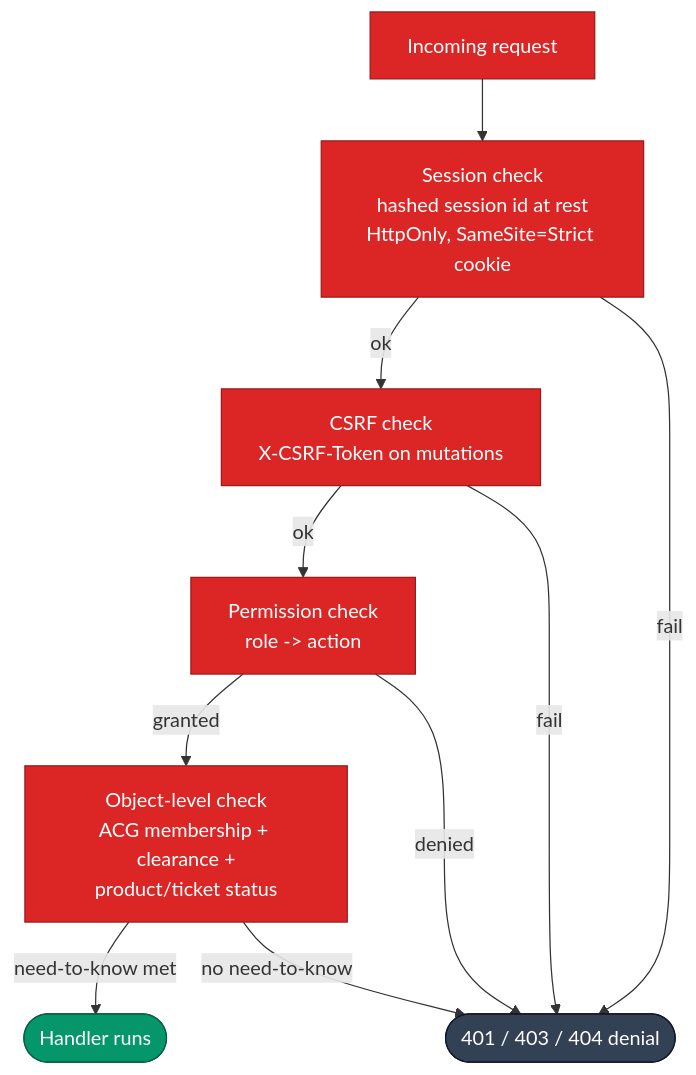
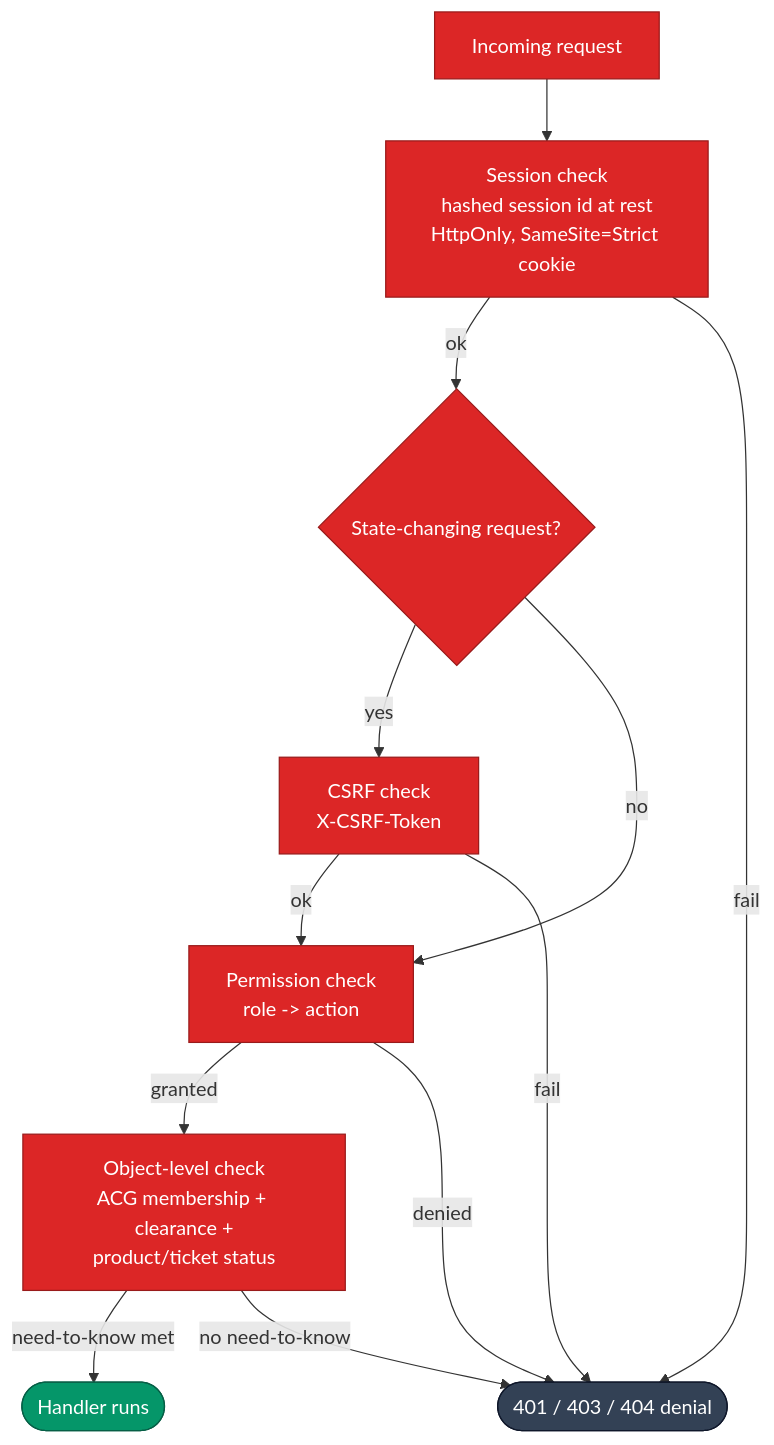
Before and after one commit to ShabalalaWATP/Coeus: the fourth of 4 diagrams in docs/ARCHITECTURE.md, drawn with Mermaid. The commit also changed other lines of this file and 32 other files, not shown here.

Commit message:
docs: add multi-view architecture atlas (#126)

````diff
--- a/docs/ARCHITECTURE.md
+++ b/docs/ARCHITECTURE.md
@@ -220,27 +243,33 @@
 ```mermaid
 flowchart TB
+    accTitle: Istari request security gates
+    accDescr: Active session checks precede mutation-only CSRF, action permission and object policy, with hidden objects returning not-found.
+
     REQ["Incoming request"]
     SESS["Session check<br/>hashed session id at rest<br/>HttpOnly, SameSite=Strict cookie"]
-    CSRF["CSRF check<br/>X-CSRF-Token on mutations"]
+    MUT{"State-changing request?"}
+    CSRF["CSRF check<br/>X-CSRF-Token"]
     PERM["Permission check<br/>role -> action"]
     OBJ["Object-level check<br/>ACG membership + clearance +<br/>product/ticket status"]
     ALLOW(["Handler runs"])
     DENY(["401 / 403 / 404 denial"])
 
     REQ --> SESS
-    SESS -->|ok| CSRF
+    SESS -->|ok| MUT
+    MUT -->|yes| CSRF
+    MUT -->|no| PERM
     CSRF -->|ok| PERM
     PERM -->|granted| OBJ
     OBJ -->|need-to-know met| ALLOW
     SESS -->|fail| DENY
     CSRF -->|fail| DENY
     PERM -->|denied| DENY
     OBJ -->|no need-to-know| DENY
 
     classDef sec fill:#dc2626,stroke:#991b1b,color:#fff,stroke-width:1px
     classDef ok fill:#059669,stroke:#065f46,color:#fff,stroke-width:1px
     classDef bad fill:#334155,stroke:#0f172a,color:#fff,stroke-width:1px
-    class REQ,SESS,CSRF,PERM,OBJ sec
+    class REQ,SESS,MUT,CSRF,PERM,OBJ sec
     class ALLOW ok
     class DENY bad
 ```
````
